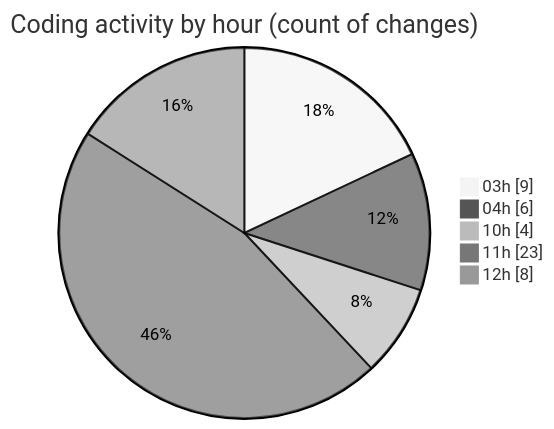
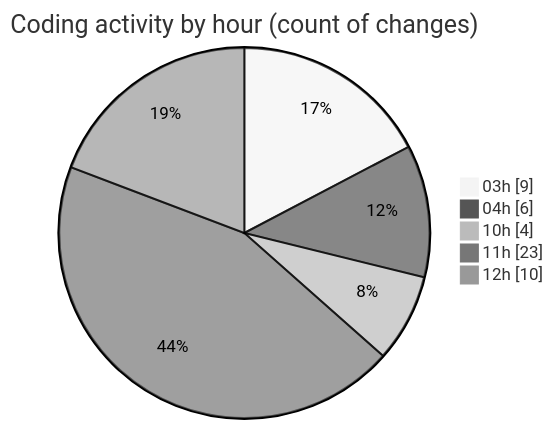
One commit to julien-gomy/code-tracking changed the second of 2 diagrams in 2025-10-30/eventscop-frontend-guide__workspace_/README.md. Above: the diagram before and after it, drawn with Mermaid (neutral theme). The commit also changed other lines of this file and 1 other file, not shown here.

````diff
--- a/2025-10-30/eventscop-frontend-guide__workspace_/README.md
+++ b/2025-10-30/eventscop-frontend-guide__workspace_/README.md
@@ -40,9 +41,9 @@
 ```mermaid
 pie showData
 title Coding activity by hour (count of changes)
 "03h" : 9
 "04h" : 6
 "10h" : 4
 "11h" : 23
-"12h" : 8
+"12h" : 10
 ```
````
